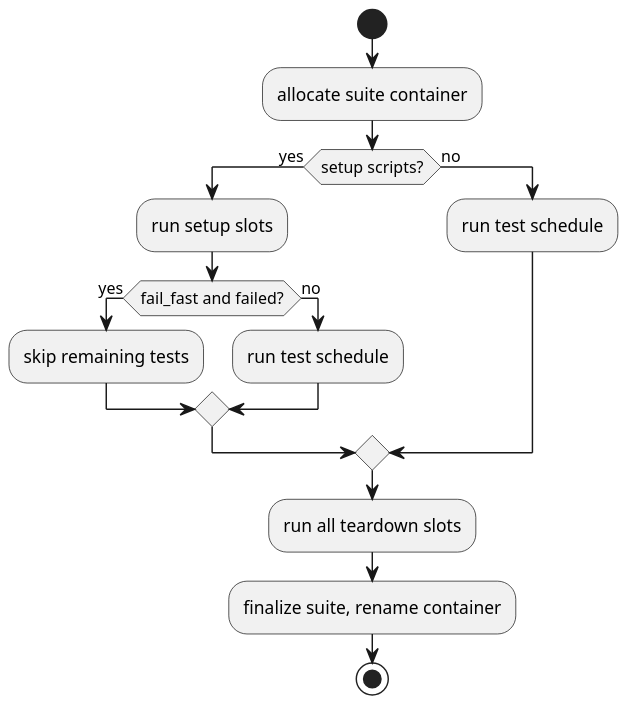
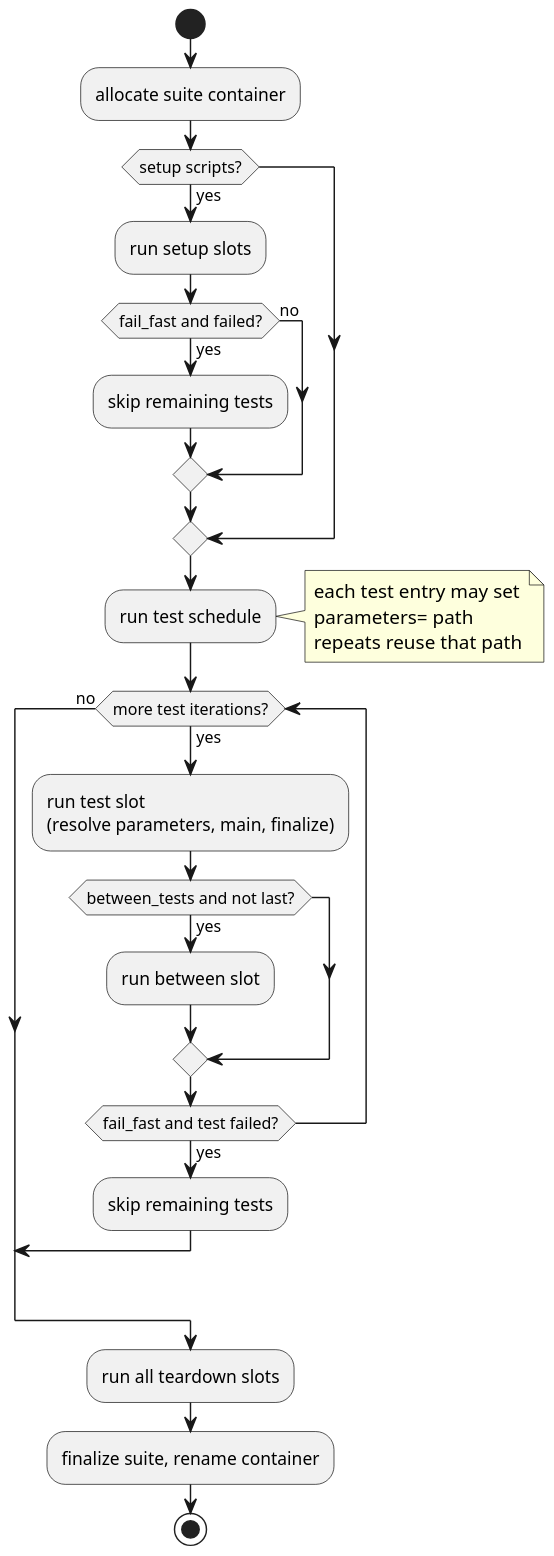
One commit to tps01/colosseum-core changed the diagram in docs/sphinx/source/_static/uml/suite-flow.puml. Above: the diagram before and after it, drawn with PlantUML. The commit also changed 65 other files, not shown here.

```diff
--- a/docs/sphinx/source/_static/uml/suite-flow.puml
+++ b/docs/sphinx/source/_static/uml/suite-flow.puml
@@ -1,21 +1,34 @@
 @startuml
 skinparam shadowing false
 skinparam backgroundColor white
 skinparam dpi 150
 
 start
 :allocate suite container;
 if (setup scripts?) then (yes)
   :run setup slots;
   if (fail_fast and failed?) then (yes)
     :skip remaining tests;
   else (no)
-    :run test schedule;
   endif
-else (no)
-  :run test schedule;
 endif
+:run test schedule;
+note right
+  each test entry may set
+  parameters= path
+  repeats reuse that path
+end note
+while (more test iterations?) is (yes)
+  :run test slot\n(resolve parameters, main, finalize);
+  if (between_tests and not last?) then (yes)
+    :run between slot;
+  endif
+  if (fail_fast and test failed?) then (yes)
+    :skip remaining tests;
+    break
+  endif
+endwhile (no)
 :run all teardown slots;
 :finalize suite, rename container;
 stop
 @enduml
```
